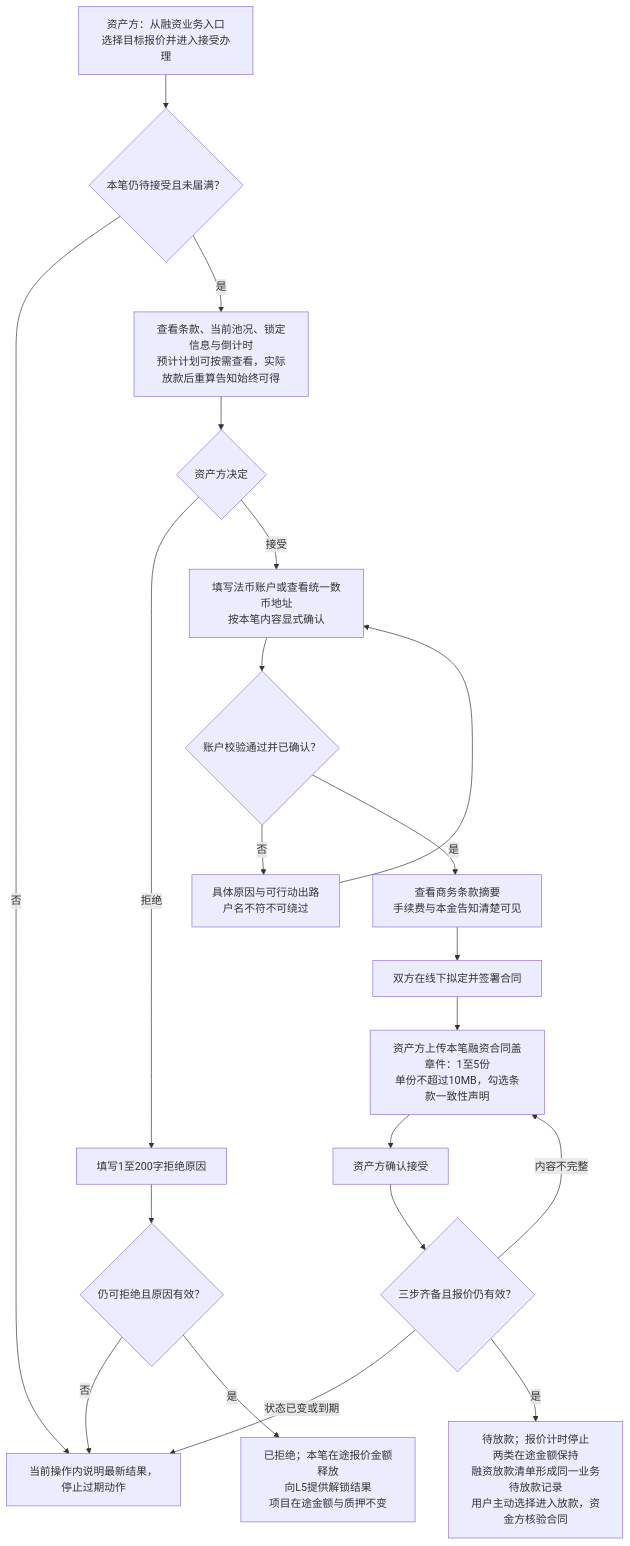
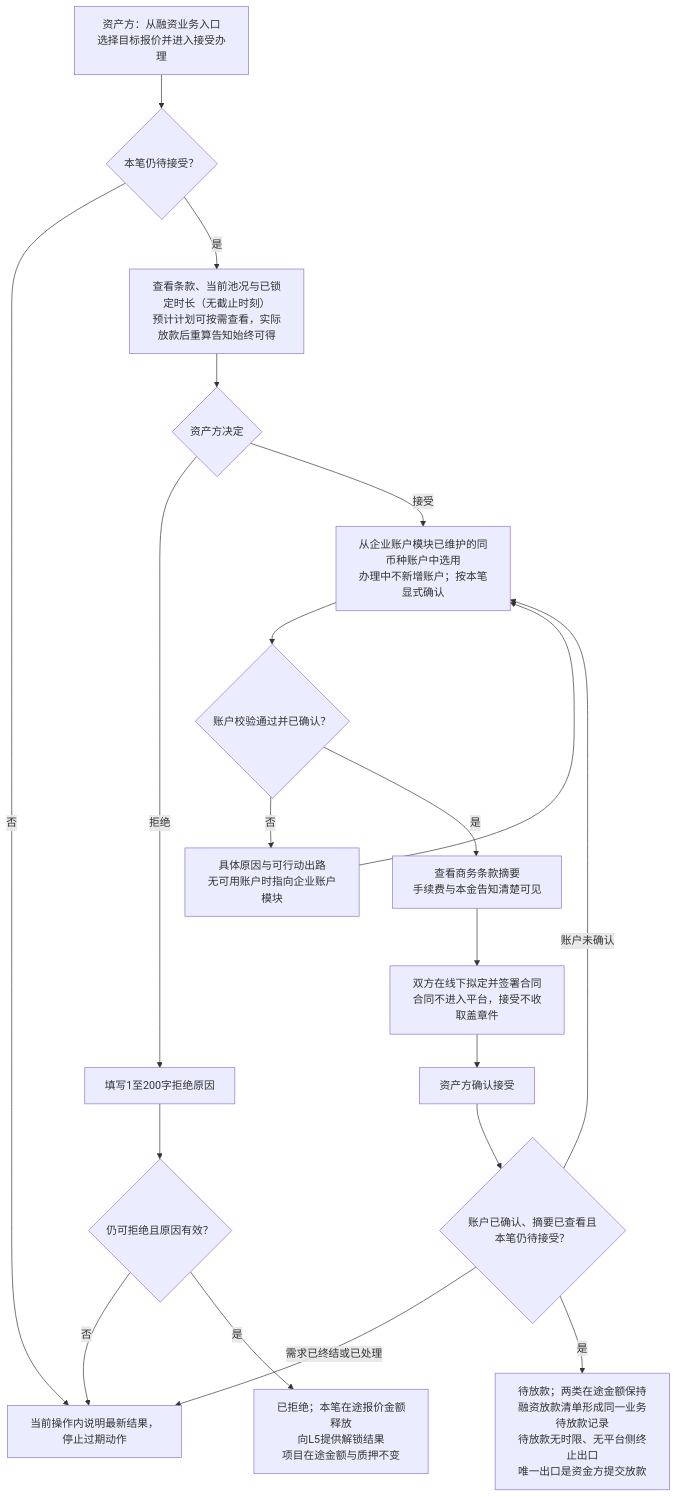
One commit to wxblockchain/Chain-Financing changed the second of 8 diagrams in lending-platform/PRD/v1.0-借贷广场-授信报价与接受拒绝/02-授信报价与接受拒绝-流程图与状态机.md. Above: the diagram before and after it, drawn with Mermaid. The commit also changed other lines of this file and 5 other files, not shown here.

````diff
--- a/lending-platform/PRD/v1.0-借贷广场-授信报价与接受拒绝/02-授信报价与接受拒绝-流程图与状态机.md
+++ b/lending-platform/PRD/v1.0-借贷广场-授信报价与接受拒绝/02-授信报价与接受拒绝-流程图与状态机.md
@@ -43,23 +43,22 @@
 ```mermaid
 flowchart TD
-  A["资产方：从融资业务入口<br/>选择目标报价并进入接受办理"] --> B{"本笔仍待接受且未届满？"}
+  A["资产方：从融资业务入口<br/>选择目标报价并进入接受办理"] --> B{"本笔仍待接受？"}
   B -- "否" --> X["当前操作内说明最新结果，停止过期动作"]
-  B -- "是" --> C["查看条款、当前池况、锁定信息与倒计时<br/>预计计划可按需查看，实际放款后重算告知始终可得"]
+  B -- "是" --> C["查看条款、当前池况与已锁定时长（无截止时刻）<br/>预计计划可按需查看，实际放款后重算告知始终可得"]
   C --> D{"资产方决定"}
   D -- "拒绝" --> R["填写1至200字拒绝原因"]
   R --> R1{"仍可拒绝且原因有效？"}
   R1 -- "否" --> X
   R1 -- "是" --> R2["已拒绝；本笔在途报价金额释放<br/>向L5提供解锁结果<br/>项目在途金额与质押不变"]
-  D -- "接受" --> E["填写法币账户或查看统一数币地址<br/>按本笔内容显式确认"]
+  D -- "接受" --> E["从企业账户模块已维护的同币种账户中选用<br/>办理中不新增账户；按本笔显式确认"]
   E --> F{"账户校验通过并已确认？"}
-  F -- "否" --> E1["具体原因与可行动出路<br/>户名不符不可绕过"]
+  F -- "否" --> E1["具体原因与可行动出路<br/>无可用账户时指向企业账户模块"]
   E1 --> E
   F -- "是" --> G["查看商务条款摘要<br/>手续费与本金告知清楚可见"]
-  G --> H["双方在线下拟定并签署合同"]
-  H --> I["资产方上传本笔融资合同盖章件：1至5份<br/>单份不超过10MB，勾选条款一致性声明"]
-  I --> J["资产方确认接受"]
-  J --> K{"三步齐备且报价仍有效？"}
-  K -- "状态已变或到期" --> X
-  K -- "内容不完整" --> I
-  K -- "是" --> L["待放款；报价计时停止<br/>两类在途金额保持<br/>融资放款清单形成同一业务待放款记录<br/>用户主动选择进入放款，资金方核验合同"]
+  G --> H["双方在线下拟定并签署合同<br/>合同不进入平台，接受不收取盖章件"]
+  H --> J["资产方确认接受"]
+  J --> K{"账户已确认、摘要已查看且本笔仍待接受？"}
+  K -- "需求已终结或已处理" --> X
+  K -- "账户未确认" --> E
+  K -- "是" --> L["待放款；两类在途金额保持<br/>融资放款清单形成同一业务待放款记录<br/>待放款无时限、无平台侧终止出口<br/>唯一出口是资金方提交放款"]
 ```
````
